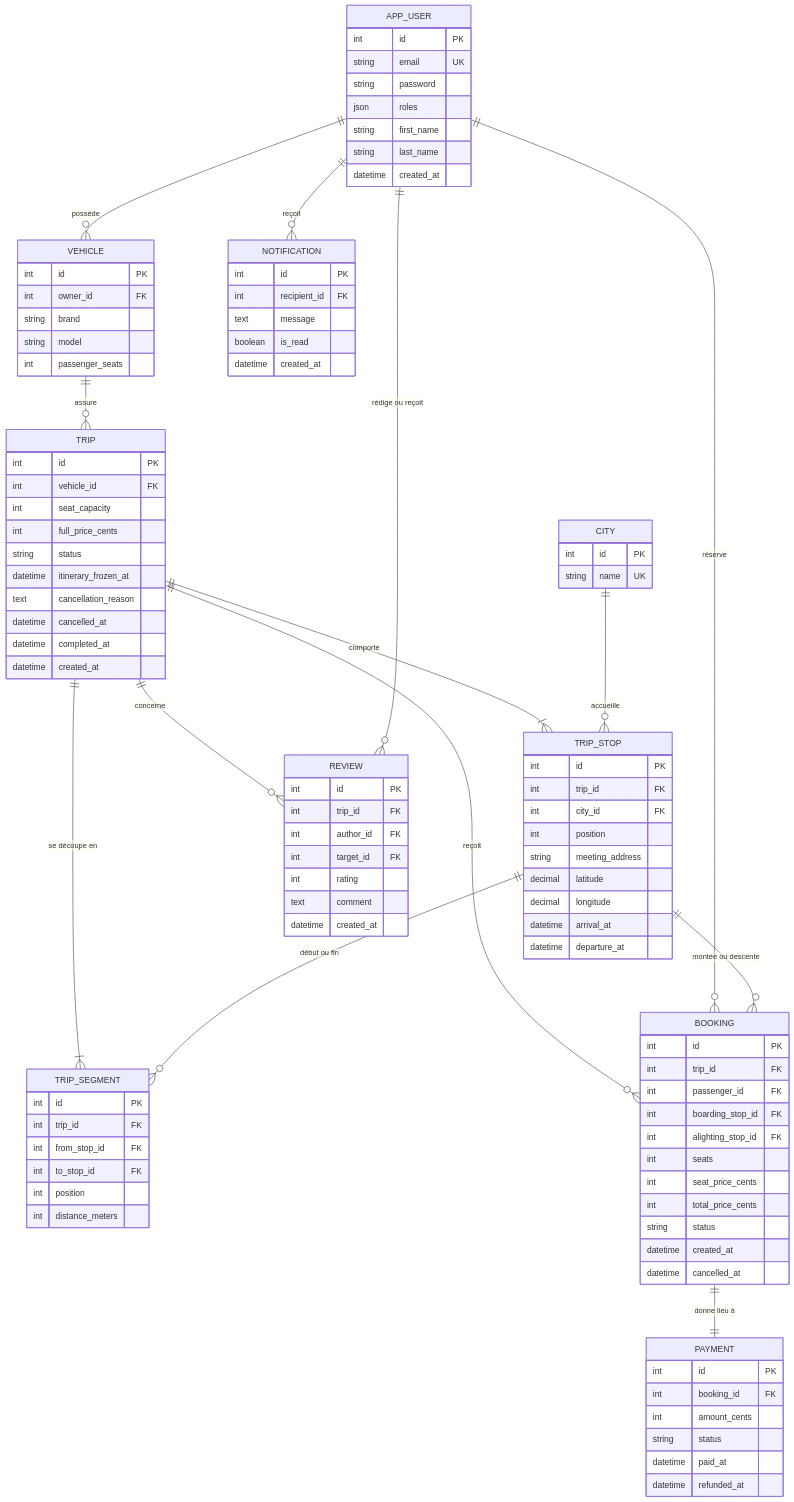
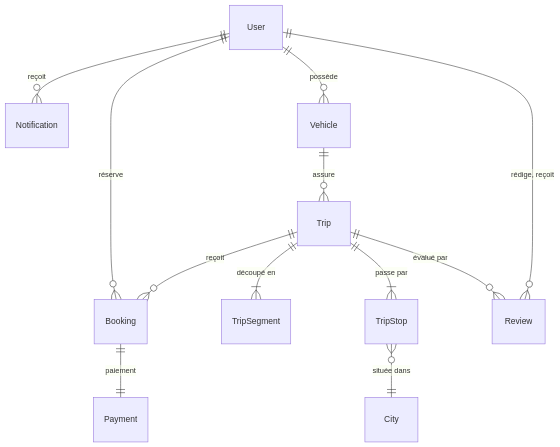
Before and after one commit to b4d5hub/covoiturage: the first of 4 diagrams in docs/MODELE.md, drawn with Mermaid. The commit also changed other lines of this file, not shown here.

````diff
--- a/docs/MODELE.md
+++ b/docs/MODELE.md
@@ -7,105 +17,14 @@
 ```mermaid
 erDiagram
-    APP_USER ||--o{ VEHICLE : "possède"
-    VEHICLE ||--o{ TRIP : "assure"
-    TRIP ||--|{ TRIP_STOP : "comporte"
-    TRIP ||--|{ TRIP_SEGMENT : "se découpe en"
-    CITY ||--o{ TRIP_STOP : "accueille"
-    TRIP_STOP ||--o{ TRIP_SEGMENT : "début ou fin"
-    TRIP ||--o{ BOOKING : "reçoit"
-    APP_USER ||--o{ BOOKING : "réserve"
-    TRIP_STOP ||--o{ BOOKING : "montée ou descente"
-    BOOKING ||--|| PAYMENT : "donne lieu à"
-    TRIP ||--o{ REVIEW : "concerne"
-    APP_USER ||--o{ REVIEW : "rédige ou reçoit"
-    APP_USER ||--o{ NOTIFICATION : "reçoit"
-
-    APP_USER {
-        int id PK
-        string email UK
-        string password
-        json roles
-        string first_name
-        string last_name
-        datetime created_at
-    }
-    CITY {
-        int id PK
-        string name UK
-    }
-    VEHICLE {
-        int id PK
-        int owner_id FK
-        string brand
-        string model
-        int passenger_seats
-    }
-    TRIP {
-        int id PK
-        int vehicle_id FK
-        int seat_capacity
-        int full_price_cents
-        string status
-        datetime itinerary_frozen_at
-        text cancellation_reason
-        datetime cancelled_at
-        datetime completed_at
-        datetime created_at
-    }
-    TRIP_STOP {
-        int id PK
-        int trip_id FK
-        int city_id FK
-        int position
-        string meeting_address
-        decimal latitude
-        decimal longitude
-        datetime arrival_at
-        datetime departure_at
-    }
-    TRIP_SEGMENT {
-        int id PK
-        int trip_id FK
-        int from_stop_id FK
-        int to_stop_id FK
-        int position
-        int distance_meters
-    }
-    BOOKING {
-        int id PK
-        int trip_id FK
-        int passenger_id FK
-        int boarding_stop_id FK
-        int alighting_stop_id FK
-        int seats
-        int seat_price_cents
-        int total_price_cents
-        string status
-        datetime created_at
-        datetime cancelled_at
-    }
-    PAYMENT {
-        int id PK
-        int booking_id FK
-        int amount_cents
-        string status
-        datetime paid_at
-        datetime refunded_at
-    }
-    REVIEW {
-        int id PK
-        int trip_id FK
-        int author_id FK
-        int target_id FK
-        int rating
-        text comment
-        datetime created_at
-    }
-    NOTIFICATION {
-        int id PK
-        int recipient_id FK
-        text message
-        boolean is_read
-        datetime created_at
-    }
+    User ||--o{ Notification : "reçoit"
+    User ||--o{ Booking : "réserve"
+    User ||--o{ Vehicle : "possède"
+    User ||--o{ Review : "rédige, reçoit"
+    Vehicle ||--o{ Trip : "assure"
+    Trip ||--o{ Booking : "reçoit"
+    Trip ||--|{ TripSegment : "découpé en"
+    Trip ||--|{ TripStop : "passe par"
+    Trip ||--o{ Review : "évalué par"
+    Booking ||--|| Payment : "paiement"
+    TripStop }o--|| City : "située dans"
 ```
````
